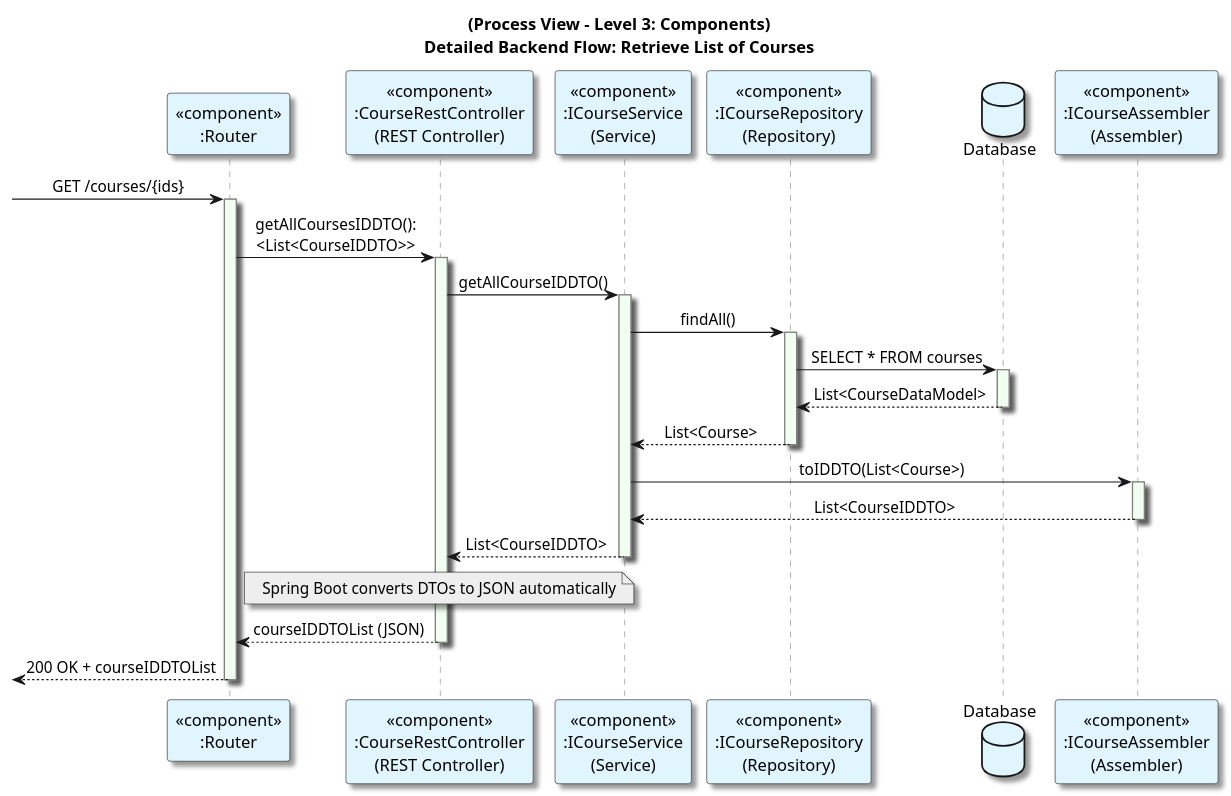
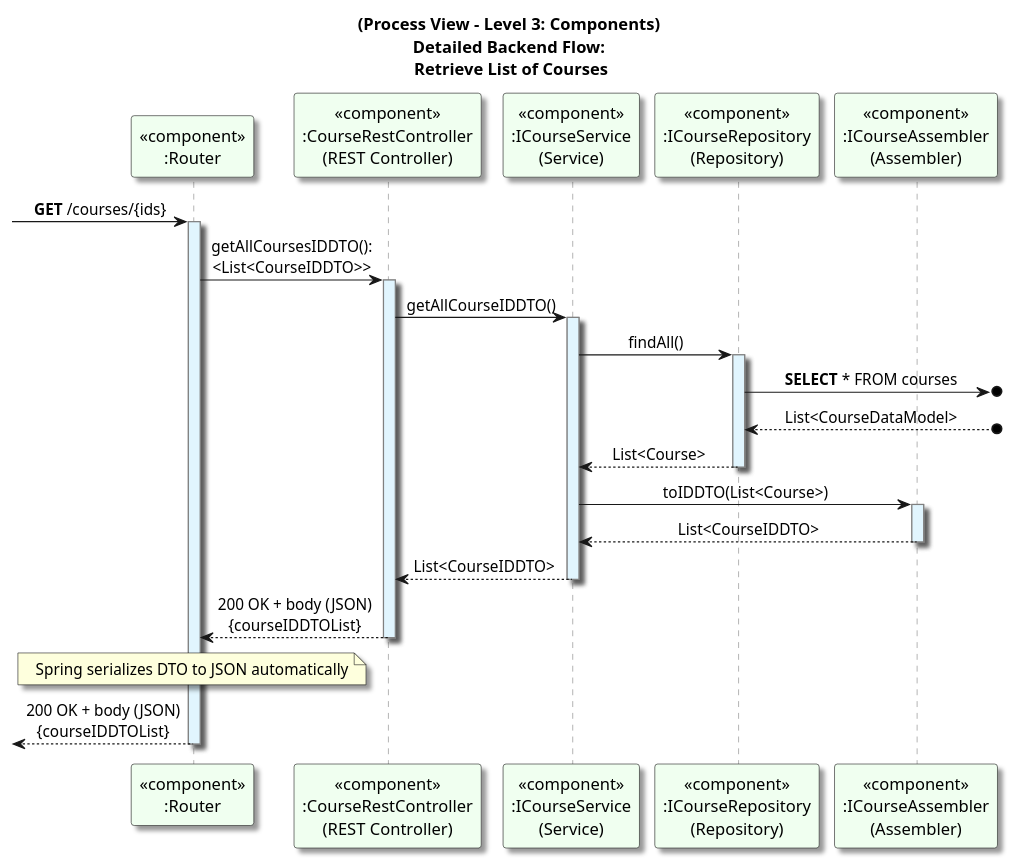
Before and after one commit to GasparISEP/DevOps-PAI: the diagram in docs/US30/Sprint_7/ProcessView/Level3_ComponentContext_GetAllCourses.puml, drawn with PlantUML. The commit also changed 2 other files, not shown here.

Commit message:
docs(addCourseToAProgramme): refactor detailed flow diagram for list of courses to fully align with the logic, improve clarity and detailed interactions (refs: #701, #705)

```diff
--- a/docs/US30/Sprint_7/ProcessView/Level3_ComponentContext_GetAllCourses.puml
+++ b/docs/US30/Sprint_7/ProcessView/Level3_ComponentContext_GetAllCourses.puml
@@ -1,57 +1,55 @@
 @startuml
-title (Process View - Level 3: Components)\nDetailed Backend Flow: Retrieve List of Courses
+title (Process View - Level 3: Components)\nDetailed Backend Flow:\n Retrieve List of Courses
 
 skinparam sequence {
     LifeLineBorderColor Grey
-    LifeLineBackgroundColor HoneyDew
+    LifeLineBackgroundColor #E1F5FE
 }
 skinparam defaultTextAlignment center
 skinparam shadowing true
 
-participant "<<component>>\n:Router" as Router #E1F5FE
-participant "<<component>>\n:CourseRestController\n(REST Controller)" as Controller #E1F5FE
-participant "<<component>>\n:ICourseService\n(Service)" as Service #E1F5FE
-participant "<<component>>\n:ICourseRepository\n(Repository)" as Repository #E1F5FE
-database "Database" as DB #E1F5FE
-participant "<<component>>\n:ICourseAssembler\n(Assembler)" as Assembler #E1F5FE
+participant "<<component>>\n:Router" as Router #honeydew
+participant "<<component>>\n:CourseRestController\n(REST Controller)" as Controller #honeydew
+participant "<<component>>\n:ICourseService\n(Service)" as Service #honeydew
+participant "<<component>>\n:ICourseRepository\n(Repository)" as Repository #honeydew
+participant "<<component>>\n:ICourseAssembler\n(Assembler)" as Assembler #honeydew
 
--> Router: GET /courses/{ids}
+-> Router: **GET** /courses/{ids}
 activate Router
 
 Router -> Controller: getAllCoursesIDDTO():\n<List<CourseIDDTO>>
 activate Controller
 
 Controller -> Service: getAllCourseIDDTO()
 activate Service
 
 Service -> Repository: findAll()
 activate Repository
 
-Repository -> DB: SELECT * FROM courses
-activate DB
+Repository ->o]: **SELECT** * FROM courses
 
-DB --> Repository: List<CourseDataModel>
-deactivate DB
+Repository <--o]: List<CourseDataModel>
 
 Repository --> Service: List<Course>
 deactivate Repository
 
 Service -> Assembler: toIDDTO(List<Course>)
 activate Assembler
 
 Assembler --> Service: List<CourseIDDTO>
 deactivate Assembler
 Service --> Controller: List<CourseIDDTO>
 deactivate Service
 
-note over Controller #EEEEEE
-Spring Boot converts DTOs to JSON automatically
+
+Controller --> Router: 200 OK + body (JSON)\n{courseIDDTOList}
+deactivate Controller
+
+note over Router
+Spring serializes DTO to JSON automatically
 end note
 
-Controller --> Router: courseIDDTOList (JSON)
-deactivate Controller
-
-<-- Router: 200 OK + courseIDDTOList
+<-- Router: 200 OK + body (JSON)\n{courseIDDTOList}
 deactivate Router
 
 @enduml
```
